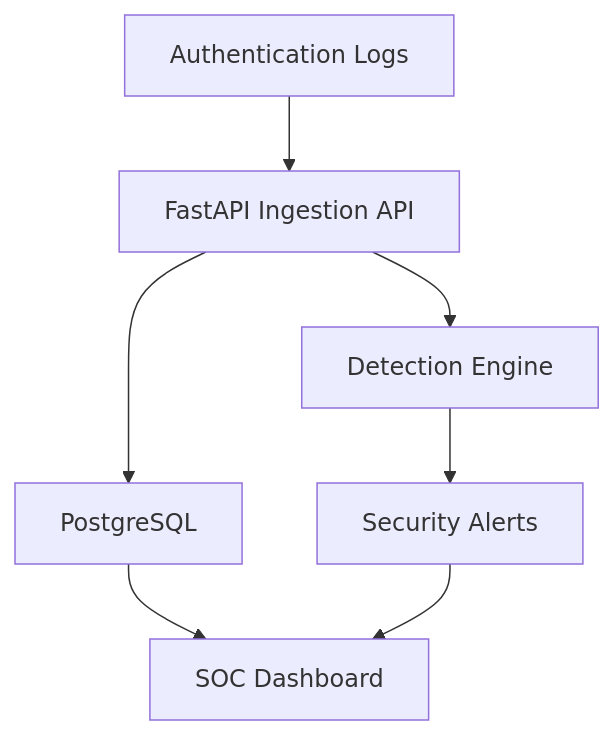
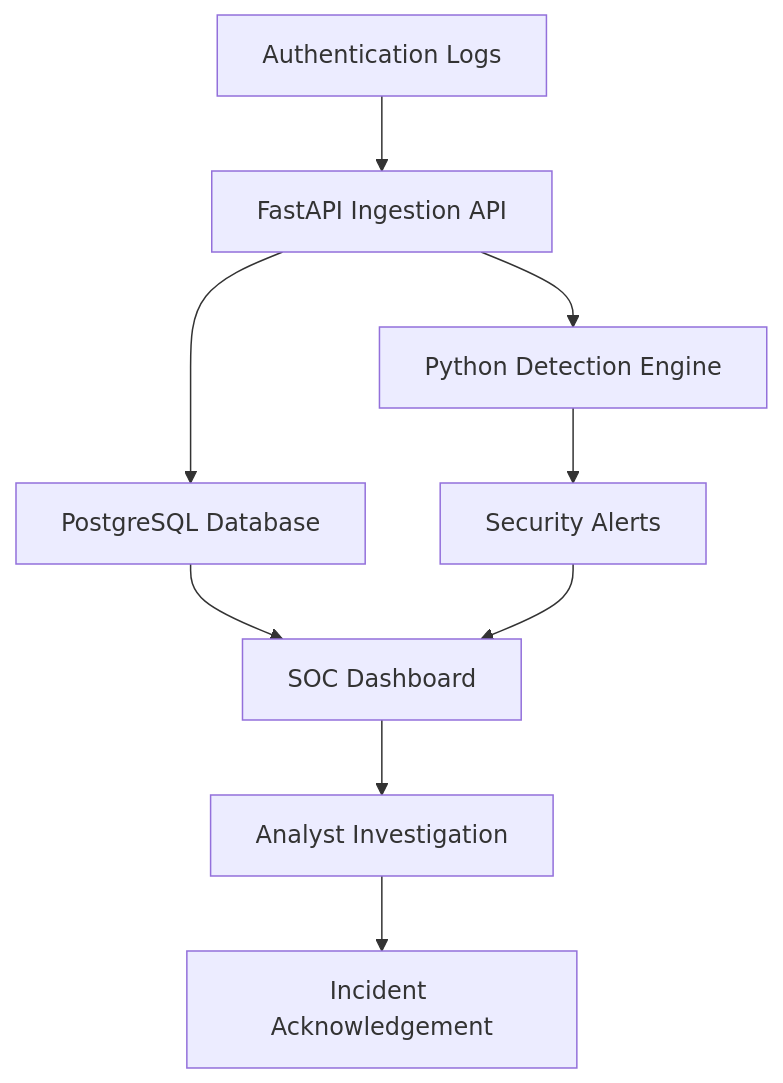
Before and after one commit to bioonahnuu-design/sentinel-soc-dashboard-nahnu: the diagram in README.md, drawn with Mermaid. The commit also changed other lines of this file, not shown here.

````diff
--- a/README.md
+++ b/README.md
@@ -47,9 +52,11 @@
 ```mermaid
 flowchart TD
     A["Authentication Logs"] --> B["FastAPI Ingestion API"]
-    B --> C["PostgreSQL"]
-    B --> D["Detection Engine"]
+    B --> C["PostgreSQL Database"]
+    B --> D["Python Detection Engine"]
     D --> E["Security Alerts"]
     C --> F["SOC Dashboard"]
     E --> F
+    F --> G["Analyst Investigation"]
+    G --> H["Incident Acknowledgement"]
 ```
````
